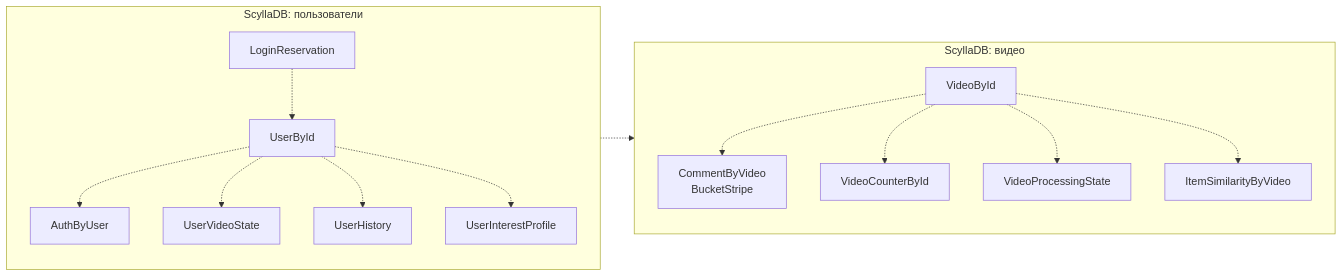
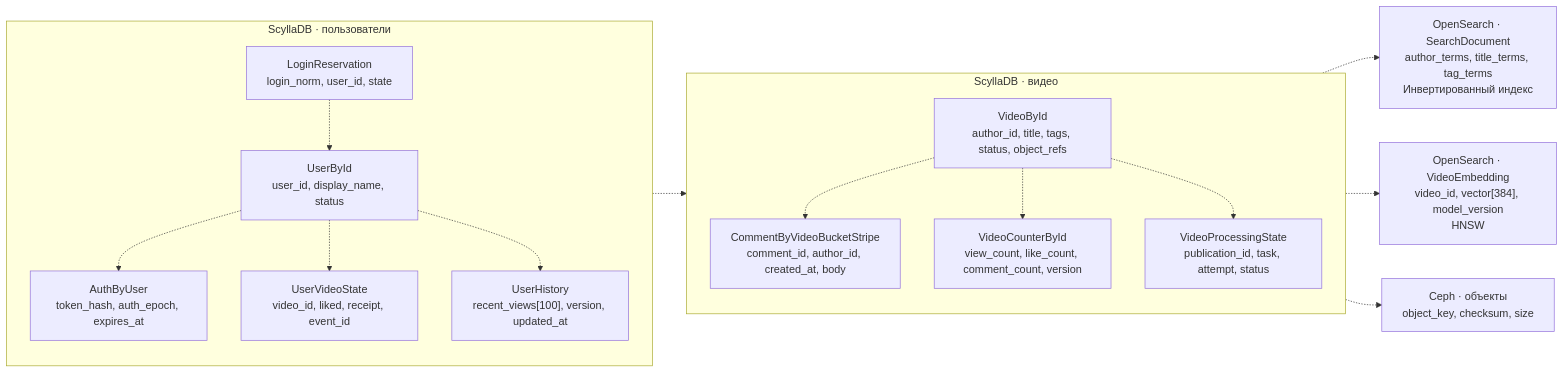
The fifth of 14 diagrams in README.md (pavel-ladygin/highload_tp), drawn with Mermaid before and after one commit. The commit also changed other lines of this file, not shown here.

````diff
--- a/README.md
+++ b/README.md
@@ -613,30 +617,32 @@
 ```mermaid
 flowchart LR
-  subgraph U["ScyllaDB: пользователи"]
+  subgraph U["ScyllaDB · пользователи"]
     direction TB
-    User["UserById"]
-    Login["LoginReservation"]
-    Auth["AuthByUser"]
-    State["UserVideoState"]
-    History["UserHistory"]
+    User["UserById<br/>user_id, display_name, status"]
+    Login["LoginReservation<br/>login_norm, user_id, state"]
+    Auth["AuthByUser<br/>token_hash, auth_epoch, expires_at"]
+    State["UserVideoState<br/>video_id, liked, receipt, event_id"]
+    History["UserHistory<br/>recent_views[100], version, updated_at"]
     Login -.-> User
     User -.-> Auth
     User -.-> State
     User -.-> History
-    User -.-> Interest
   end
-  subgraph V["ScyllaDB: видео"]
+  subgraph V["ScyllaDB · видео"]
     direction TB
-    Video["VideoById"]
-    Interest["UserInterestProfile"]
-    Similarity["ItemSimilarityByVideo"]
-    Comment["CommentByVideo<br/>BucketStripe"]
-    Counter["VideoCounterById"]
-    Processing["VideoProcessingState"]
+    Video["VideoById<br/>author_id, title, tags, status, object_refs"]
+    Comment["CommentByVideoBucketStripe<br/>comment_id, author_id, created_at, body"]
+    Counter["VideoCounterById<br/>view_count, like_count, comment_count, version"]
+    Processing["VideoProcessingState<br/>publication_id, task, attempt, status"]
     Video -.-> Comment
     Video -.-> Counter
     Video -.-> Processing
-    Video -.-> Similarity
   end
+  Search["OpenSearch · SearchDocument<br/>author_terms, title_terms, tag_terms<br/>Инвертированный индекс"]
+  Vector["OpenSearch · VideoEmbedding<br/>video_id, vector[384], model_version<br/>HNSW"]
+  Media["Ceph · объекты<br/>object_key, checksum, size"]
   State -.-> Video
+  Video -.-> Search
+  Video -.-> Vector
+  Video -.-> Media
 ```
````
